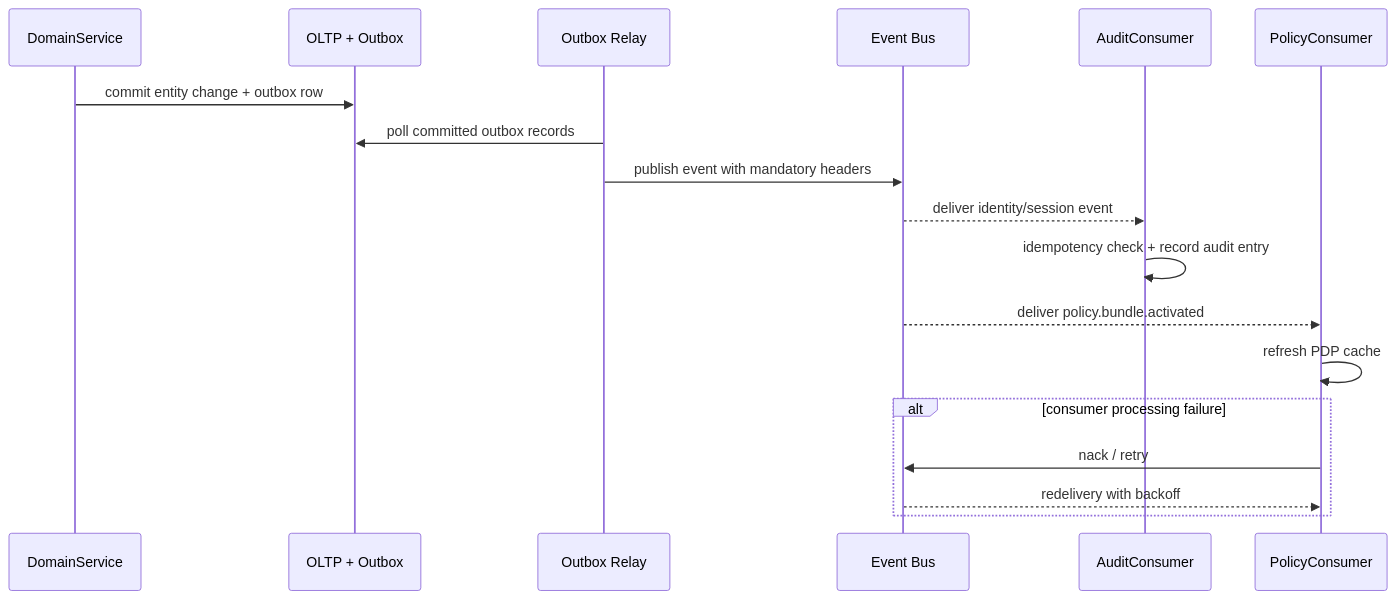
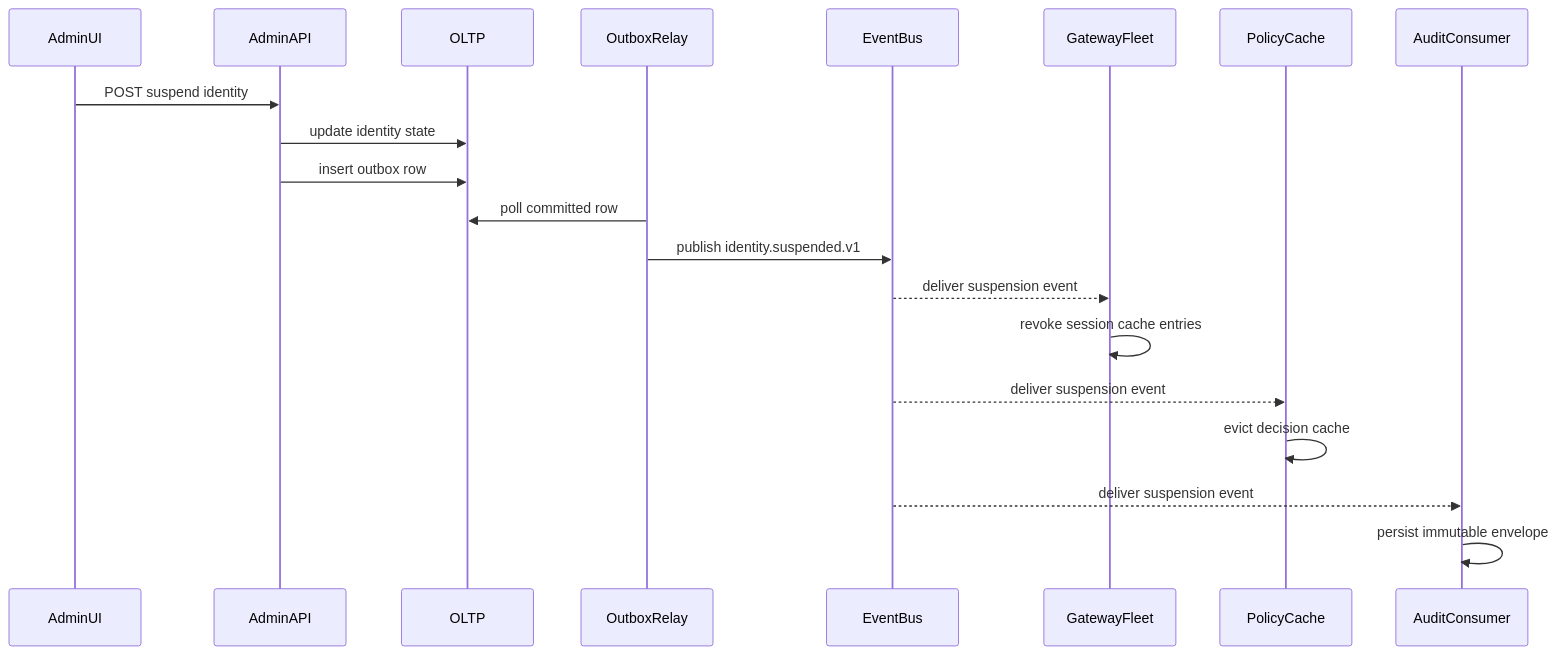
Before and after one commit to 0Ankit0/Project-Ideas: the diagram in Identity and Access Management Platform/analysis/event-catalog.md, drawn with Mermaid. The commit also changed other lines of this file and 14 other files, not shown here.

````diff
--- a/Identity and Access Management Platform/analysis/event-catalog.md
+++ b/Identity and Access Management Platform/analysis/event-catalog.md
@@ -29,21 +43,23 @@
 ```mermaid
 sequenceDiagram
-    participant DomainService
-    participant DB as OLTP + Outbox
-    participant Relay as Outbox Relay
-    participant Bus as Event Bus
-    participant AuditConsumer
-    participant PolicyConsumer
+    participant AdminUI as AdminUI
+    participant AdminAPI as AdminAPI
+    participant OLTP as OLTP
+    participant Relay as OutboxRelay
+    participant Bus as EventBus
+    participant Gateway as GatewayFleet
+    participant PDP as PolicyCache
+    participant Audit as AuditConsumer
 
-    DomainService->>DB: commit entity change + outbox row
-    Relay->>DB: poll committed outbox records
-    Relay->>Bus: publish event with mandatory headers
-    Bus-->>AuditConsumer: deliver identity/session event
-    AuditConsumer->>AuditConsumer: idempotency check + record audit entry
-    Bus-->>PolicyConsumer: deliver policy.bundle.activated
-    PolicyConsumer->>PolicyConsumer: refresh PDP cache
-    alt consumer processing failure
-        PolicyConsumer->>Bus: nack / retry
-        Bus-->>PolicyConsumer: redelivery with backoff
-    end
+    AdminUI->>AdminAPI: POST suspend identity
+    AdminAPI->>OLTP: update identity state
+    AdminAPI->>OLTP: insert outbox row
+    Relay->>OLTP: poll committed row
+    Relay->>Bus: publish identity.suspended.v1
+    Bus-->>Gateway: deliver suspension event
+    Gateway->>Gateway: revoke session cache entries
+    Bus-->>PDP: deliver suspension event
+    PDP->>PDP: evict decision cache
+    Bus-->>Audit: deliver suspension event
+    Audit->>Audit: persist immutable envelope
 ```
````
